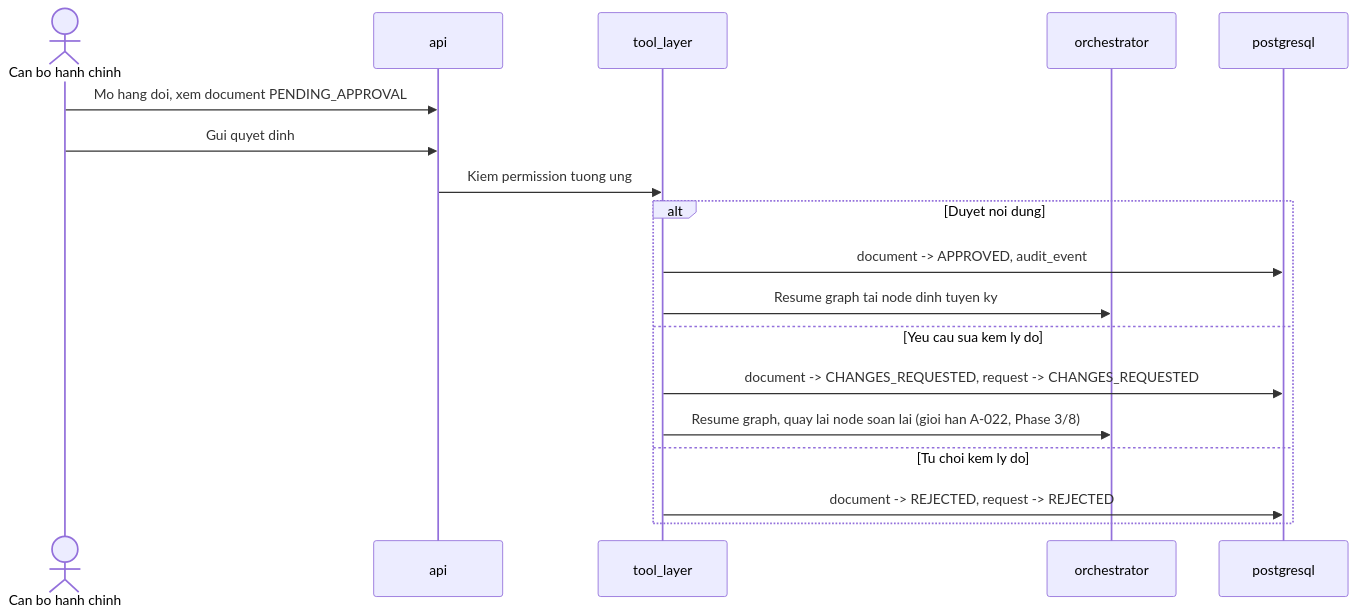
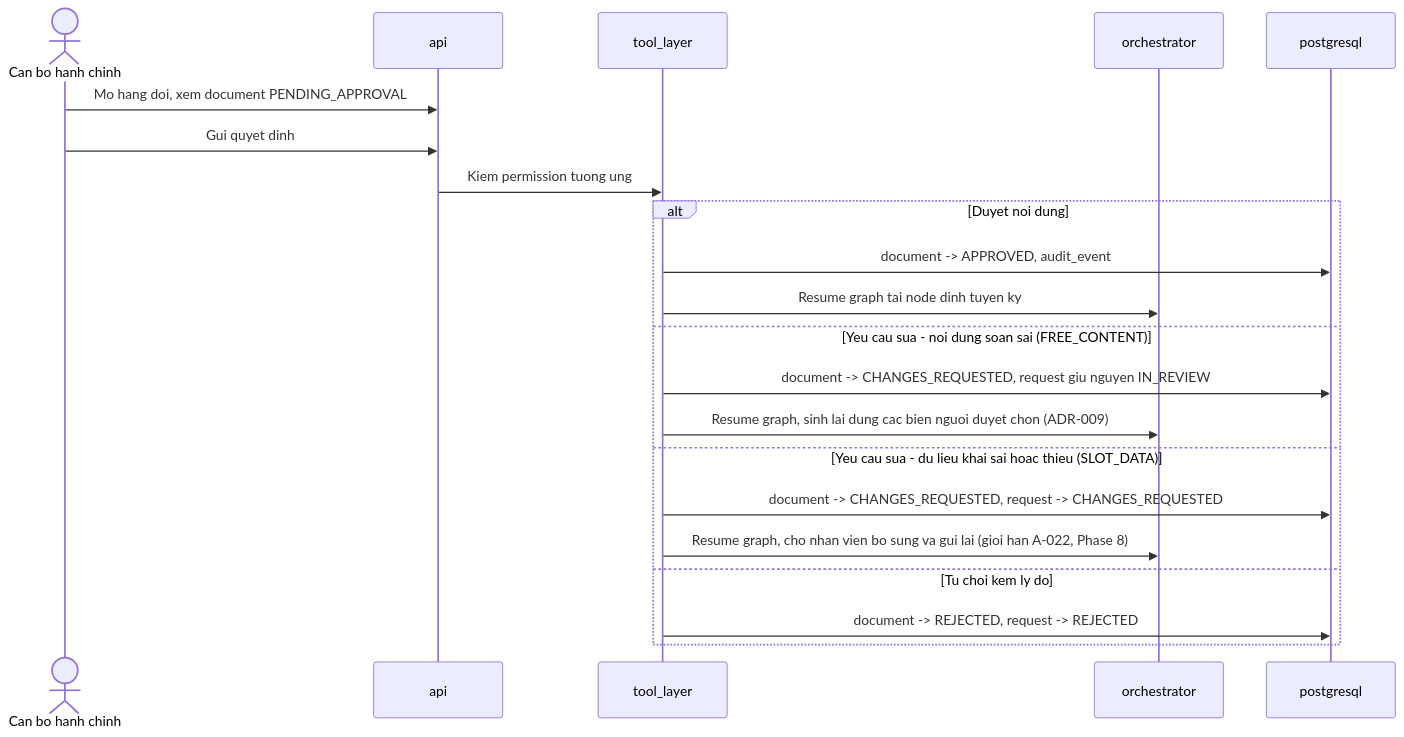
Before and after one commit to CongDuc02/AdminServiceDeskAgent: the eighth of 11 diagrams in docs/design/02-architecture.md, drawn with Mermaid. The commit also changed other lines of this file and 12 other files, not shown here.

````diff
--- a/docs/design/02-architecture.md
+++ b/docs/design/02-architecture.md
@@ -371,21 +378,24 @@
 ```mermaid
 sequenceDiagram
     actor CB as Can bo hanh chinh
     participant API as api
     participant TL as tool_layer
     participant ORC as orchestrator
     participant DB as postgresql
 
     CB->>API: Mo hang doi, xem document PENDING_APPROVAL
     CB->>API: Gui quyet dinh
     API->>TL: Kiem permission tuong ung
     alt Duyet noi dung
         TL->>DB: document -> APPROVED, audit_event
         TL->>ORC: Resume graph tai node dinh tuyen ky
-    else Yeu cau sua kem ly do
+    else Yeu cau sua - noi dung soan sai (FREE_CONTENT)
+        TL->>DB: document -> CHANGES_REQUESTED, request giu nguyen IN_REVIEW
+        TL->>ORC: Resume graph, sinh lai dung cac bien nguoi duyet chon (ADR-009)
+    else Yeu cau sua - du lieu khai sai hoac thieu (SLOT_DATA)
         TL->>DB: document -> CHANGES_REQUESTED, request -> CHANGES_REQUESTED
-        TL->>ORC: Resume graph, quay lai node soan lai (gioi han A-022, Phase 3/8)
+        TL->>ORC: Resume graph, cho nhan vien bo sung va gui lai (gioi han A-022, Phase 8)
     else Tu choi kem ly do
         TL->>DB: document -> REJECTED, request -> REJECTED
     end
 ```
````
